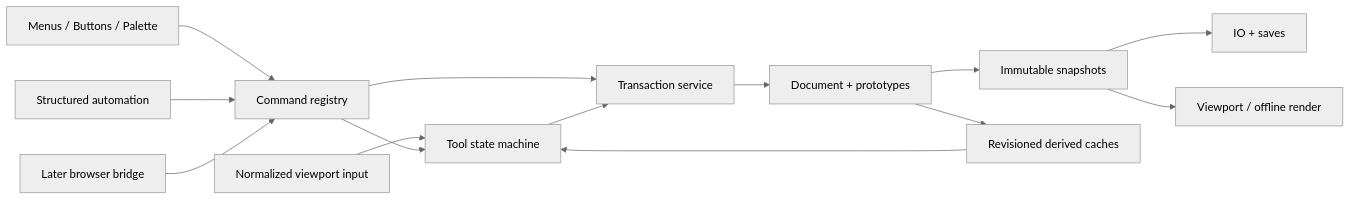
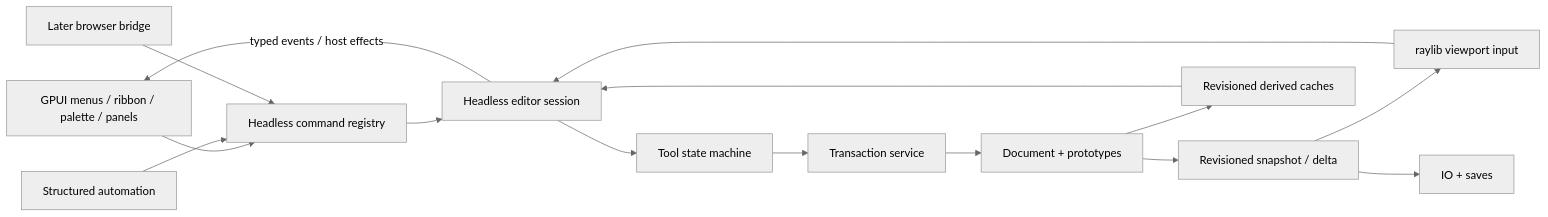
Before and after one commit to alfu32/meshcraft: the diagram in docs/rewrite/architecture.md, drawn with Mermaid (neutral theme). The commit also changed other lines of this file and 20 other files, not shown here.

Commit message:
docs(architecture): plan GPUI and raylib migration (#21)

````diff
--- a/docs/rewrite/architecture.md
+++ b/docs/rewrite/architecture.md
@@ -23,16 +24,17 @@
 ```mermaid
 flowchart LR
-  Menu[Menus / Buttons / Palette] --> Registry[Command registry]
-  HTTP[Structured automation] --> Registry
-  Embed[Later browser bridge] --> Registry
-  Input[Normalized viewport input] --> Tool[Tool state machine]
-  Registry --> Tool
-  Registry --> Tx[Transaction service]
-  Tool --> Tx
+  GPUI[GPUI menus / ribbon / palette / panels] --> Registry[Headless command registry]
+  Automation[Structured automation] --> Registry
+  Browser[Later browser bridge] --> Registry
+  Raylib[raylib viewport input] --> Session[Headless editor session]
+  Registry --> Session
+  Session --> Tool[Tool state machine]
+  Tool --> Tx[Transaction service]
   Tx --> Doc[Document + prototypes]
-  Doc --> Snap[Immutable snapshots]
-  Snap --> IO[IO + saves]
-  Snap --> Render[Viewport / offline render]
+  Doc --> Delta[Revisioned snapshot / delta]
+  Delta --> Raylib
+  Delta --> IO[IO + saves]
   Doc --> Cache[Revisioned derived caches]
-  Cache --> Tool
+  Cache --> Session
+  Session -->|typed events / host effects| GPUI
 ```
````
